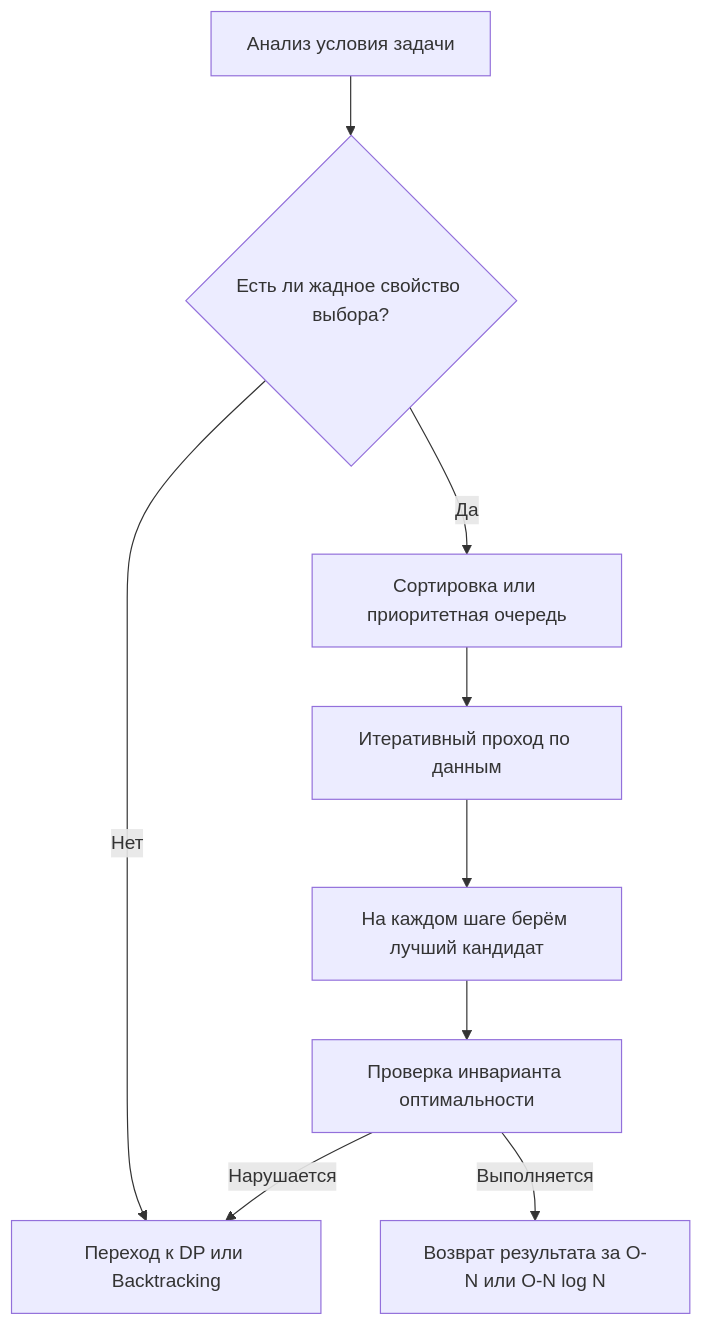
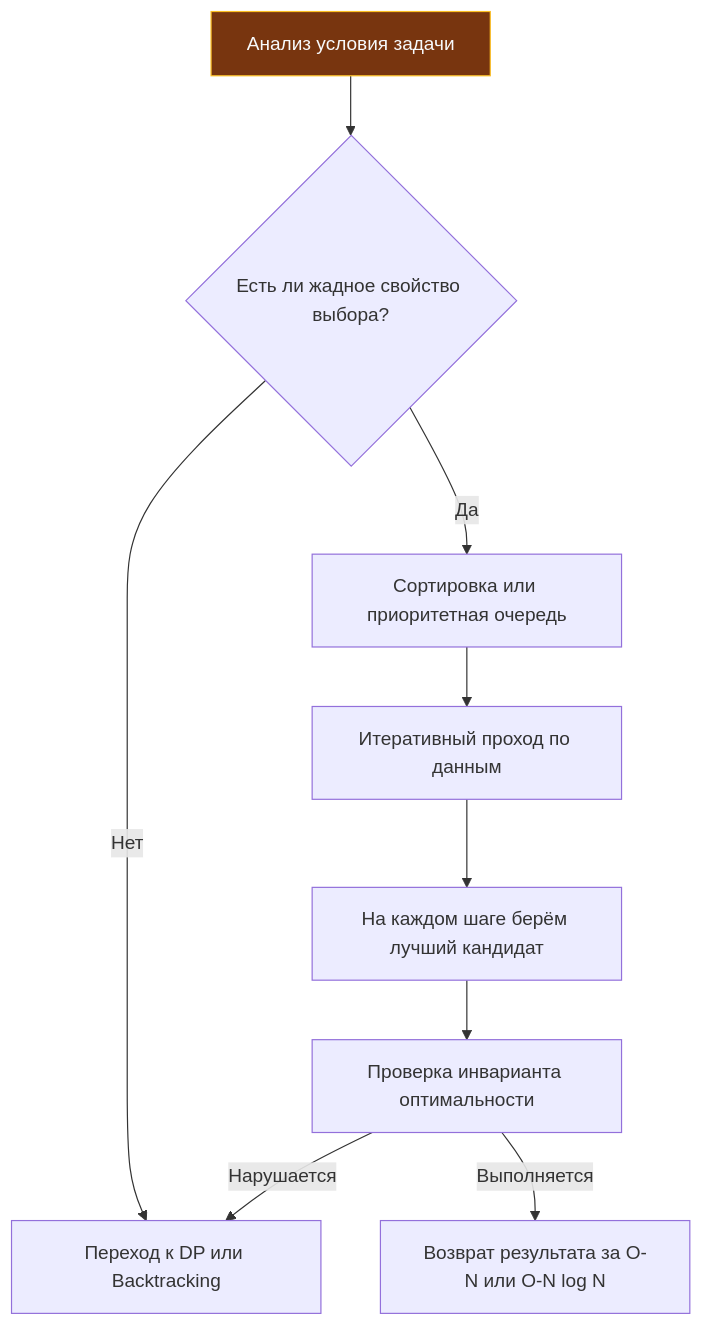
The diagram in sources/21. Задачи с LeetCode и собеседований на Go/02. Задачи/17. Жадные алгоритмы/1. Теория. Жадные алгоритмы.md (UnrealTemplier/go-textbook), drawn with Mermaid before and after one commit. The commit also changed 1666 other files, not shown here.

First line of the commit message:
feat(mermaid): add semantic color classDef to 1369 colorless flowchart/graph diagrams

````diff
--- a/sources/21. Задачи с LeetCode и собеседований на Go/02. Задачи/17. Жадные алгоритмы/1. Теория. Жадные алгоритмы.md
+++ b/sources/21. Задачи с LeetCode и собеседований на Go/02. Задачи/17. Жадные алгоритмы/1. Теория. Жадные алгоритмы.md
@@ -5,11 +5,21 @@
 ```mermaid
 flowchart TD
-  A["Анализ условия задачи"] --> B{"Есть ли жадное свойство выбора?"}
+    classDef process  fill:#1e293b,stroke:#38bdf8,stroke-width:1px,color:#f8fafc
+    classDef success  fill:#064e3b,stroke:#34d399,stroke-width:1px,color:#f8fafc
+    classDef error    fill:#7f1d1d,stroke:#f87171,stroke-width:1px,color:#f8fafc
+    classDef warning  fill:#78350f,stroke:#fbbf24,stroke-width:1px,color:#f8fafc
+    classDef entry    fill:#1e3a5f,stroke:#38bdf8,stroke-width:2px,color:#f8fafc
+    classDef aux      fill:#334155,stroke:#64748b,stroke-width:1px,color:#f8fafc
+    classDef system   fill:#312e81,stroke:#a78bfa,stroke-width:1px,color:#f8fafc
+    classDef data     fill:#132d29,stroke:#2dd4bf,stroke-width:1px,color:#f8fafc
+    classDef network  fill:#881337,stroke:#fb7185,stroke-width:1px,color:#f8fafc
+    classDef accent   fill:#1e1b4b,stroke:#818cf8,stroke-width:1px,color:#f8fafc
+  A["Анализ условия задачи"]:::warning --> B{"Есть ли жадное свойство выбора?"}
   B -->|Нет| C["Переход к DP или Backtracking"]
   B -->|Да| D["Сортировка или приоритетная очередь"]
   D --> E["Итеративный проход по данным"]
   E --> F["На каждом шаге берём лучший кандидат"]
   F --> G["Проверка инварианта оптимальности"]
   G -->|Выполняется| H["Возврат результата за O-N или O-N log N"]
   G -->|Нарушается| C
 ```
````
